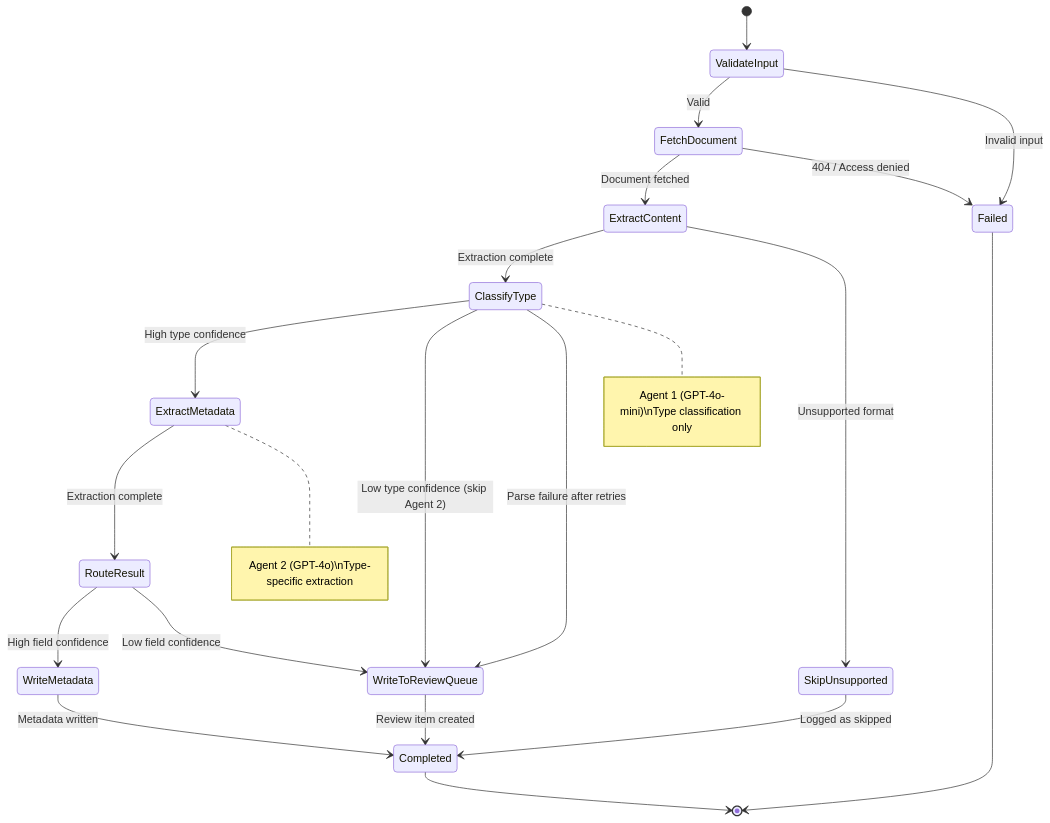
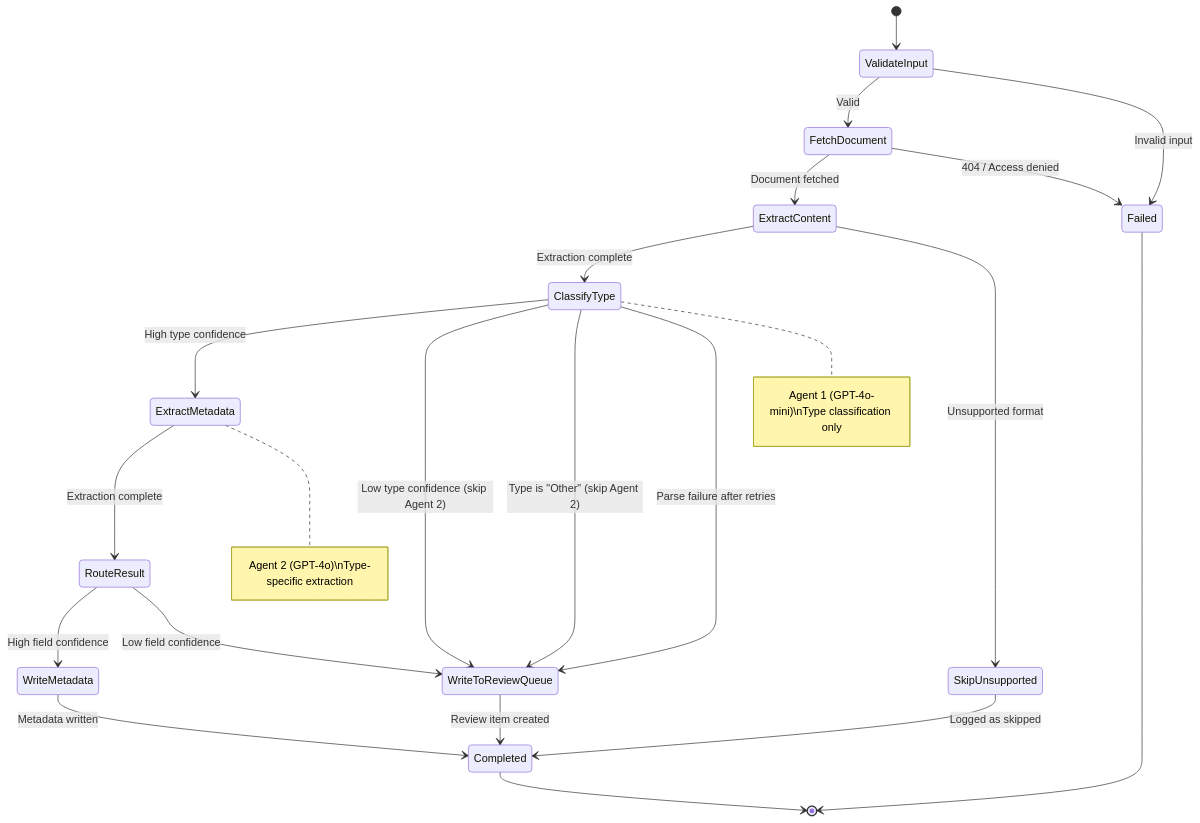
The first of 3 diagrams in docs/architecture/durable-functions-orchestration.md (jonathan-chow-ibm/idv-document-enrichment), drawn with Mermaid before and after one commit. The commit also changed other lines of this file and 27 other files, not shown here.

````diff
--- a/docs/architecture/durable-functions-orchestration.md
+++ b/docs/architecture/durable-functions-orchestration.md
@@ -19,31 +19,32 @@
 ```mermaid
 stateDiagram-v2
     [*] --> ValidateInput
     ValidateInput --> FetchDocument: Valid
     ValidateInput --> Failed: Invalid input
     
     FetchDocument --> ExtractContent: Document fetched
     FetchDocument --> Failed: 404 / Access denied
     
     ExtractContent --> ClassifyType: Extraction complete
     ExtractContent --> SkipUnsupported: Unsupported format
     
     ClassifyType --> ExtractMetadata: High type confidence
     ClassifyType --> WriteToReviewQueue: Low type confidence (skip Agent 2)
+    ClassifyType --> WriteToReviewQueue: Type is "Other" (skip Agent 2)
     ClassifyType --> WriteToReviewQueue: Parse failure after retries
     
     ExtractMetadata --> RouteResult: Extraction complete
     
     RouteResult --> WriteMetadata: High field confidence
     RouteResult --> WriteToReviewQueue: Low field confidence
     
     WriteMetadata --> Completed: Metadata written
     WriteToReviewQueue --> Completed: Review item created
     SkipUnsupported --> Completed: Logged as skipped
     
     Failed --> [*]
     Completed --> [*]
 
     note right of ClassifyType: Agent 1 (GPT-4o-mini)\nType classification only
     note right of ExtractMetadata: Agent 2 (GPT-4o)\nType-specific extraction
 ```
````
